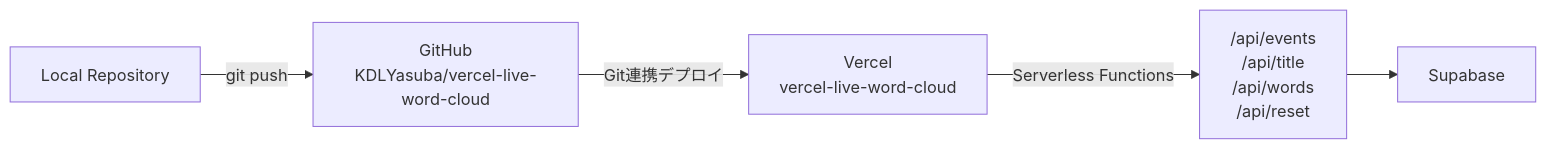
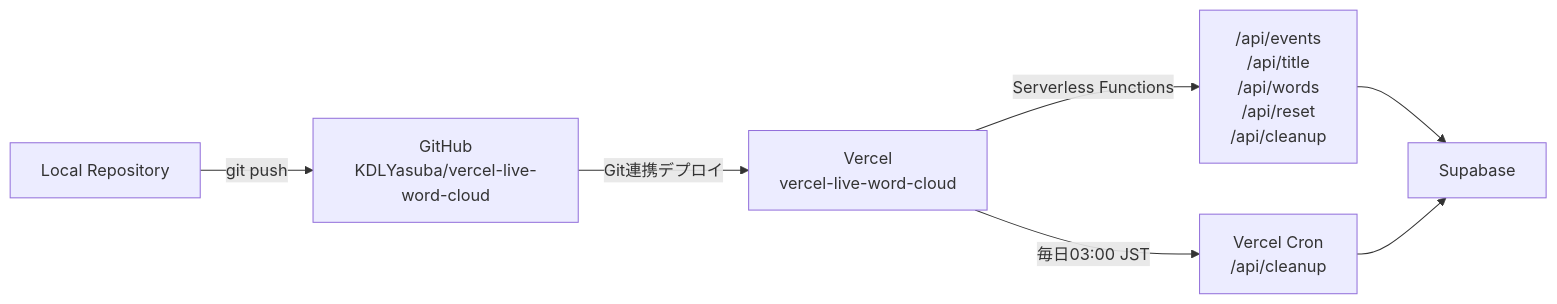
Before and after one commit to KDLYasuba/vercel-live-word-cloud: the sixth of 6 diagrams in SYSTEM_ARCHITECTURE.md, drawn with Mermaid. The commit also changed other lines of this file and 5 other files, not shown here.

````diff
--- a/SYSTEM_ARCHITECTURE.md
+++ b/SYSTEM_ARCHITECTURE.md
@@ -143,7 +144,9 @@
 ```mermaid
 flowchart LR
   Local["Local Repository"] -->|git push| GitHub["GitHub<br/>KDLYasuba/vercel-live-word-cloud"]
   GitHub -->|Git連携デプロイ| Vercel["Vercel<br/>vercel-live-word-cloud"]
-  Vercel -->|Serverless Functions| APIs["/api/events<br/>/api/title<br/>/api/words<br/>/api/reset"]
+  Vercel -->|Serverless Functions| APIs["/api/events<br/>/api/title<br/>/api/words<br/>/api/reset<br/>/api/cleanup"]
+  Vercel -->|毎日03:00 JST| Cleanup["Vercel Cron<br/>/api/cleanup"]
   APIs --> Supabase["Supabase"]
+  Cleanup --> Supabase
 ```
````
